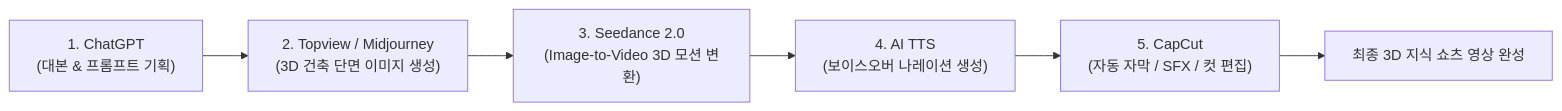
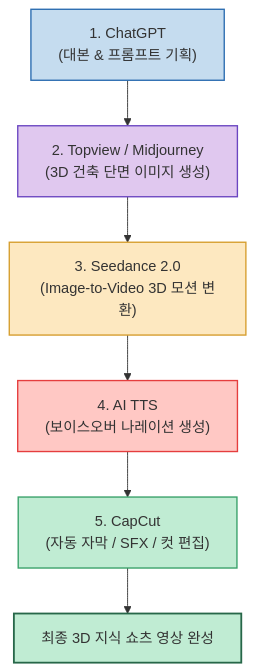
The diagram in content/post/2026/08/2026-08-20-ai-architectural-shorts-video-pipeline.md (gyuha/gyuha.github.io), drawn with Mermaid before and after one commit. The commit also changed 937 other files, not shown here.

````diff
--- a/content/post/2026/08/2026-08-20-ai-architectural-shorts-video-pipeline.md
+++ b/content/post/2026/08/2026-08-20-ai-architectural-shorts-video-pipeline.md
@@ -31,8 +31,22 @@
 ```mermaid
-flowchart LR
-    Step1["1. ChatGPT\n(대본 & 프롬프트 기획)"] --> Step2["2. Topview / Midjourney\n(3D 건축 단면 이미지 생성)"]
-    Step2 --> Step3["3. Seedance 2.0\n(Image-to-Video 3D 모션 변환)"]
-    Step3 --> Step4["4. AI TTS\n(보이스오버 나레이션 생성)"]
-    Step4 --> Step5["5. CapCut\n(자동 자막 / SFX / 컷 편집)"]
+flowchart TD
+    classDef step1 fill:#c5dcef,stroke:#2b6cb0,stroke-width:1.5px,color:#333;
+    classDef step2 fill:#e0c8ef,stroke:#6b46c1,stroke-width:1.5px,color:#333;
+    classDef step3 fill:#fde8c0,stroke:#d69e2e,stroke-width:1.5px,color:#333;
+    classDef step4 fill:#ffc8c4,stroke:#e53e3e,stroke-width:1.5px,color:#333;
+    classDef step5 fill:#c0ecd3,stroke:#38a169,stroke-width:1.5px,color:#333;
+    classDef outNode fill:#c0ecd3,stroke:#276749,stroke-width:2px,color:#333;
+
+    Step1["1. ChatGPT<br>(대본 & 프롬프트 기획)"] --> Step2["2. Topview / Midjourney<br>(3D 건축 단면 이미지 생성)"]
+    Step2 --> Step3["3. Seedance 2.0<br>(Image-to-Video 3D 모션 변환)"]
+    Step3 --> Step4["4. AI TTS<br>(보이스오버 나레이션 생성)"]
+    Step4 --> Step5["5. CapCut<br>(자동 자막 / SFX / 컷 편집)"]
     Step5 --> Output["최종 3D 지식 쇼츠 영상 완성"]
+
+    class Step1 step1;
+    class Step2 step2;
+    class Step3 step3;
+    class Step4 step4;
+    class Step5 step5;
+    class Output outNode;
 ```
````
